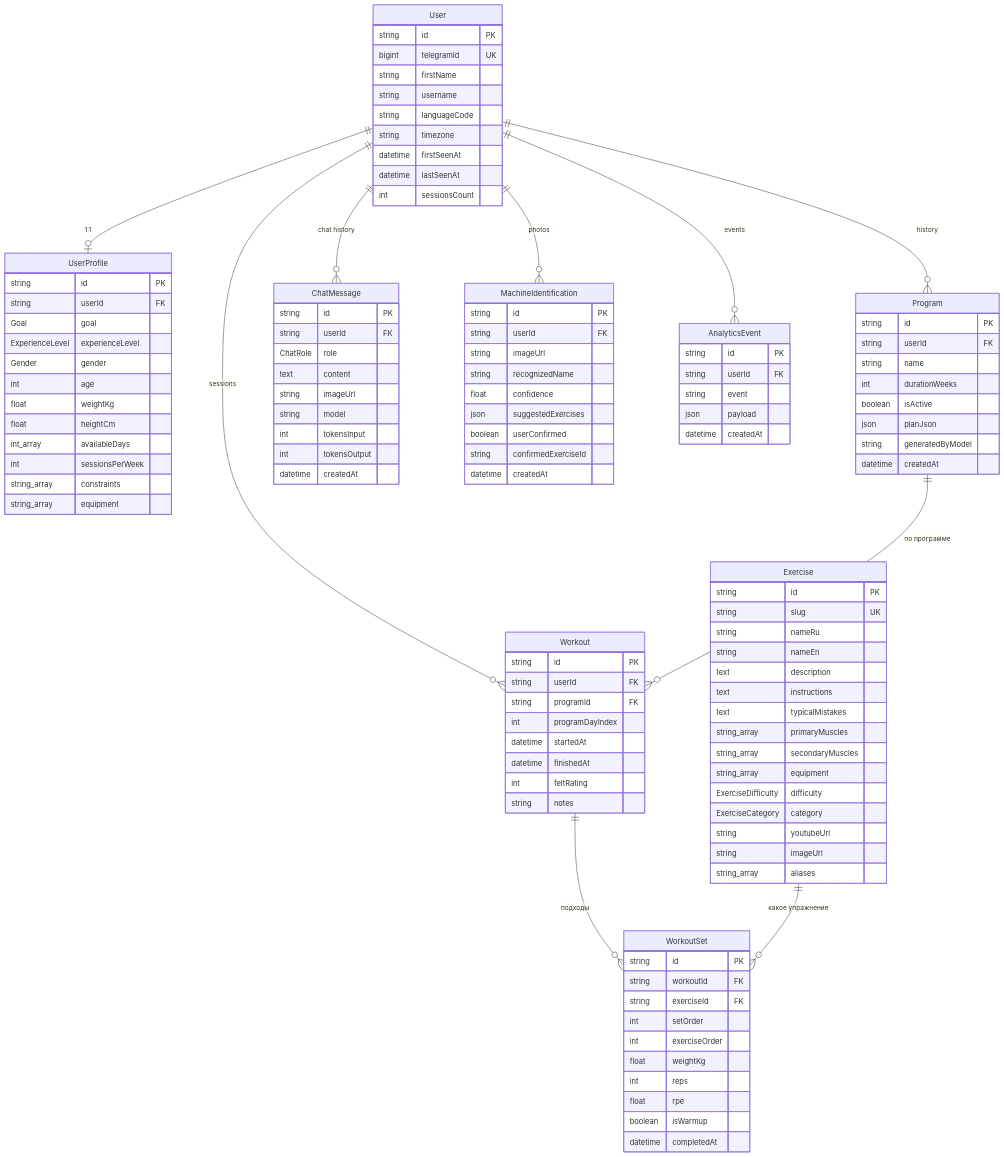
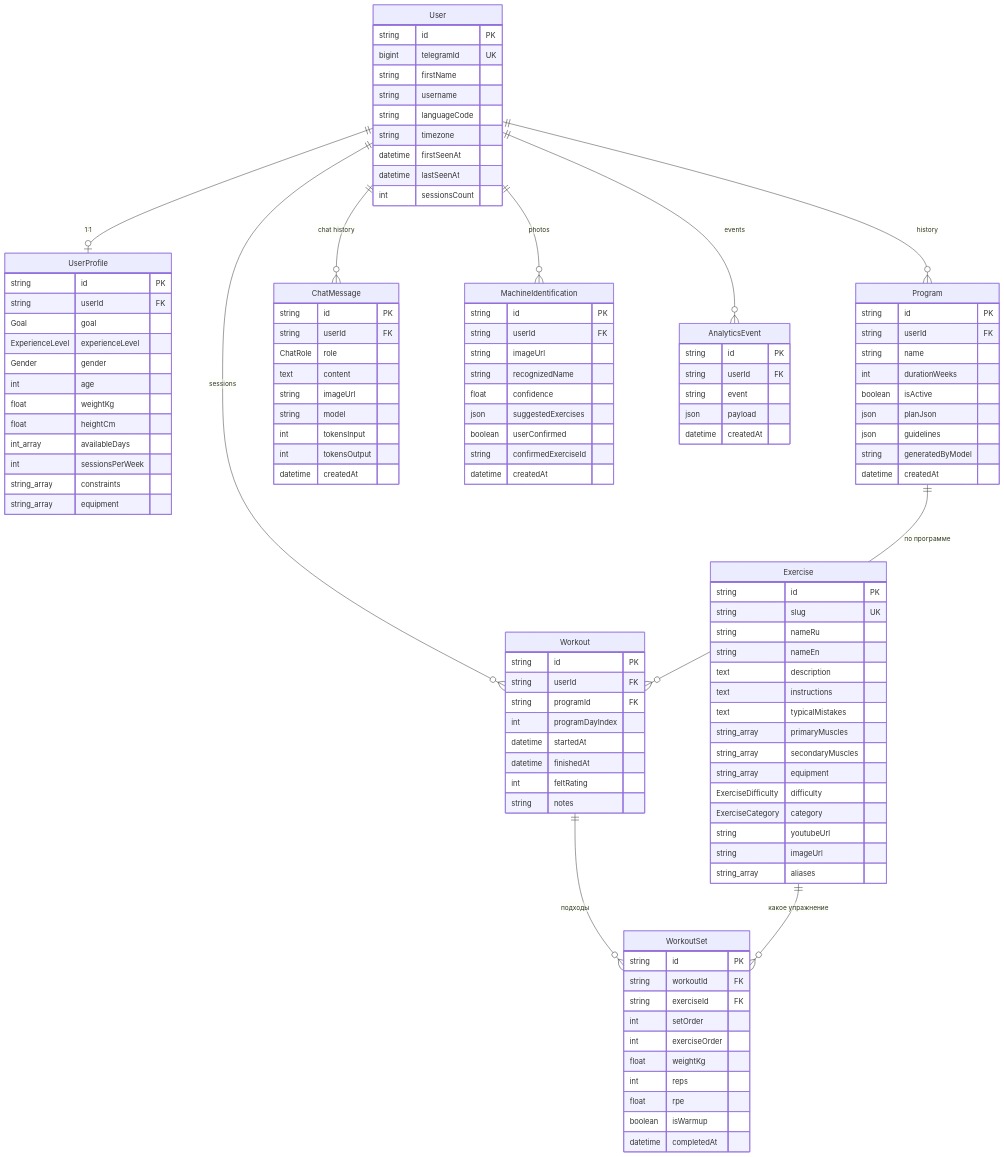
One commit to vvopeshko/ai-trainer changed the second of 2 diagrams in ARCHITECTURE.md. Above: the diagram before and after it, drawn with Mermaid. The commit also changed other lines of this file and 12 other files, not shown here.

```diff
--- a/ARCHITECTURE.md
+++ b/ARCHITECTURE.md
@@ -319,6 +320,7 @@
         int durationWeeks
         boolean isActive
         json planJson
+        json guidelines
         string generatedByModel
         datetime createdAt
     }
```
